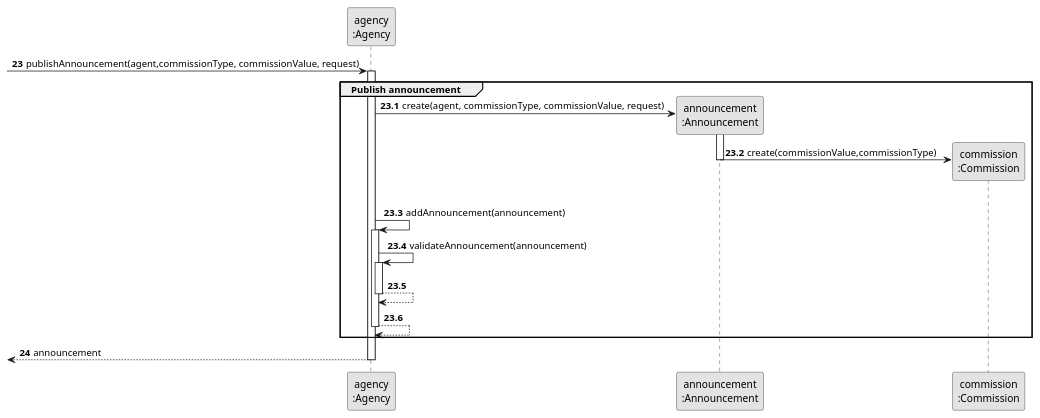
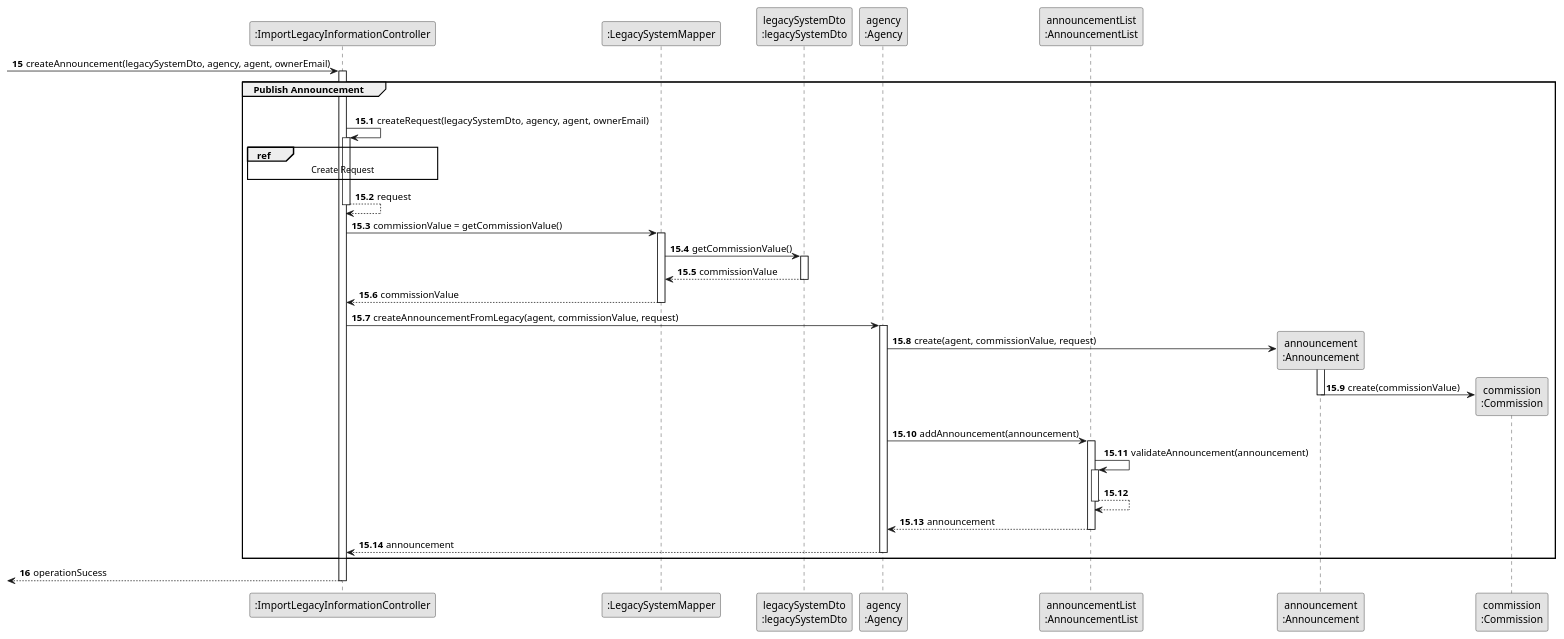
The diagram in docs/sprintC/us012/03.design/puml/us012-sequence-diagram-partial-publish-announcement.puml (rita-barbosa/LAPR2-2223), drawn with PlantUML before and after one commit. The commit also changed 3 other files, not shown here.

Commit message:
Publish Announcement related partial SDs + SVG update [US012] [Design]

```diff
--- a/docs/sprintC/us012/03.design/puml/us012-sequence-diagram-partial-publish-announcement.puml
+++ b/docs/sprintC/us012/03.design/puml/us012-sequence-diagram-partial-publish-announcement.puml
@@ -1,49 +1,78 @@
 @startuml
 skinparam monochrome true
 skinparam packageStyle rectangle
-skinparam shadowing false\
+skinparam shANNOUNCEowing false\
 
-
+participant ":ImportLegacyInformationController" as CTRL
+participant ":LegacySystemMapper" as MAPPER
+participant "legacySystemDto\n:legacySystemDto" as DTO
 participant "agency\n:Agency" as AGENCY
-participant "announcement\n:Announcement" as AD
+participant "announcementList\n:AnnouncementList" as LIST
+participant "announcement\n:Announcement" as ANNOUNCE
 participant "commission\n:Commission" as COMMISSION
 
-'MUDAR O AUTONUMBER
+    'MUDAR O AUTONUMBER
 
-autonumber 23
+    autonumber 15
 
-             -> AGENCY : publishAnnouncement(agent,commissionType, commissionValue, request)
-             activate AGENCY
+     -> CTRL : createAnnouncement(legacySystemDto, agency, agent, ownerEmail)
+    activate CTRL
 
-autonumber 23.1
+    autonumber 15.1
 
-    group Publish announcement
+    group Publish Announcement
 
+    |||
+    CTRL -> CTRL : createRequest(legacySystemDto, agency, agent, ownerEmail)
+    activate CTRL
 
-                AGENCY -> AD**: create(agent, commissionType, commissionValue, request)
-                activate AD
+    ref over CTRL
+        Create Request
+    end ref
 
-                AD -> COMMISSION** : create(commissionValue,commissionType)
+        CTRL --> CTRL : request
+    deactivate CTRL
 
-                |||
-                deactivate AD
+    CTRL -> MAPPER : commissionValue = getCommissionValue()
+    activate MAPPER
 
-                AGENCY -> AGENCY: addAnnouncement(announcement)
+        MAPPER -> DTO : getCommissionValue()
+        activate DTO
 
-                activate AGENCY
-                    AGENCY -> AGENCY: validateAnnouncement(announcement)
-                    activate AGENCY
-                        AGENCY --> AGENCY
-                    deactivate AGENCY
+            DTO --> MAPPER : commissionValue
+        deactivate DTO
 
-                    AGENCY --> AGENCY
+        MAPPER --> CTRL : commissionValue
+    deactivate MAPPER
 
-            deactivate  AGENCY
-    end
+    CTRL -> AGENCY : createAnnouncementFromLegacy(agent, commissionValue, request)
+    activate AGENCY
 
-autonumber 24
+        AGENCY -> ANNOUNCE**: create(agent, commissionValue, request)
+        activate ANNOUNCE
 
-    <-- AGENCY : announcement
-    deactivate AGENCY
+        ANNOUNCE -> COMMISSION** : create(commissionValue)
+     deactivate ANNOUNCE
+
+    AGENCY -> LIST: addAnnouncement(announcement)
+    activate LIST
+
+        LIST -> LIST: validateAnnouncement(announcement)
+        activate LIST
+            LIST --> LIST
+        deactivate LIST
+
+        LIST --> AGENCY : announcement
+    deactivate LIST
+
+        AGENCY --> CTRL : announcement
+    deactivate  AGENCY
+
+    end group
+
+autonumber 16
+
+    <-- CTRL : operationSucess
+    deactivate CTRL
 
 @enduml
```
